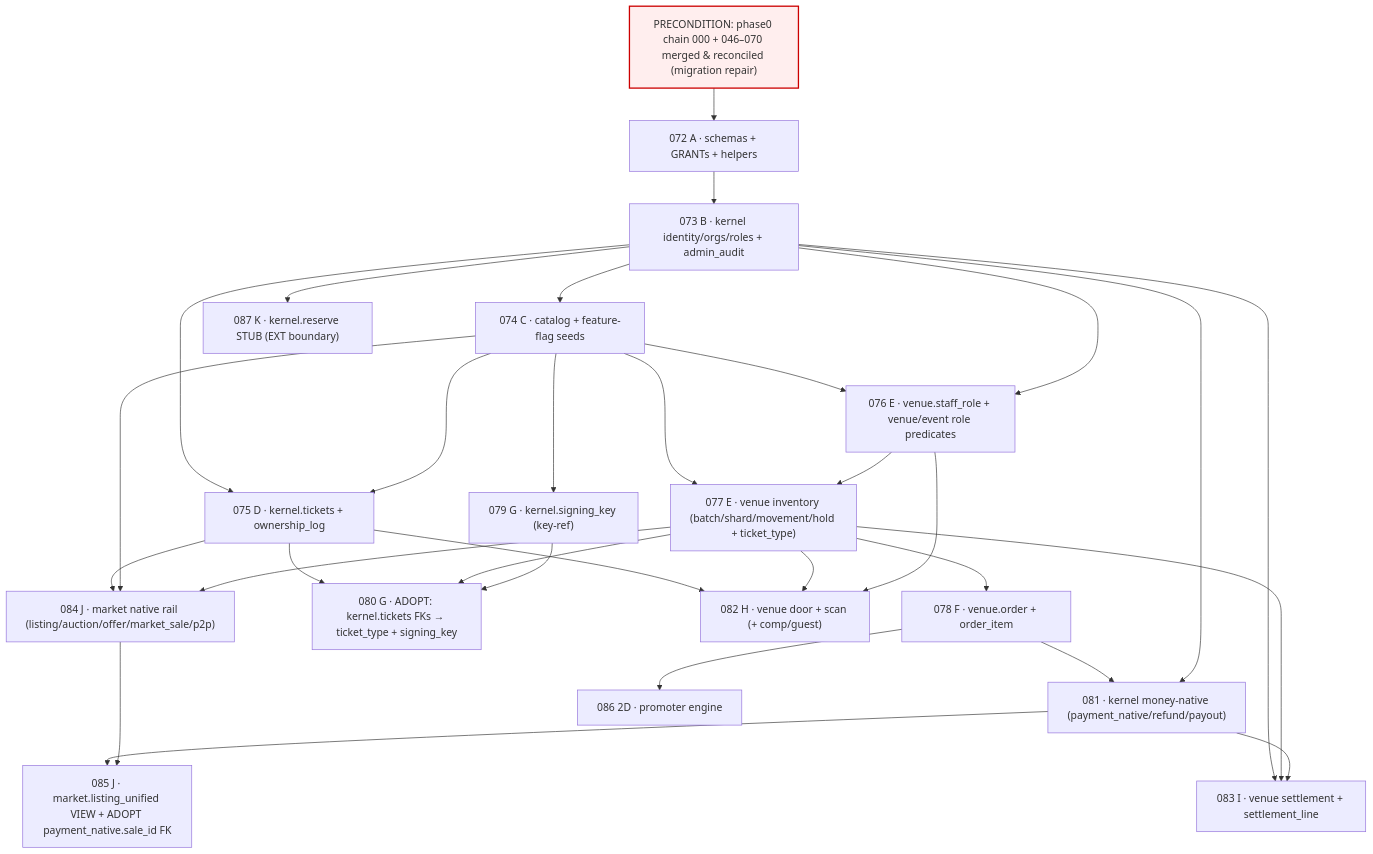
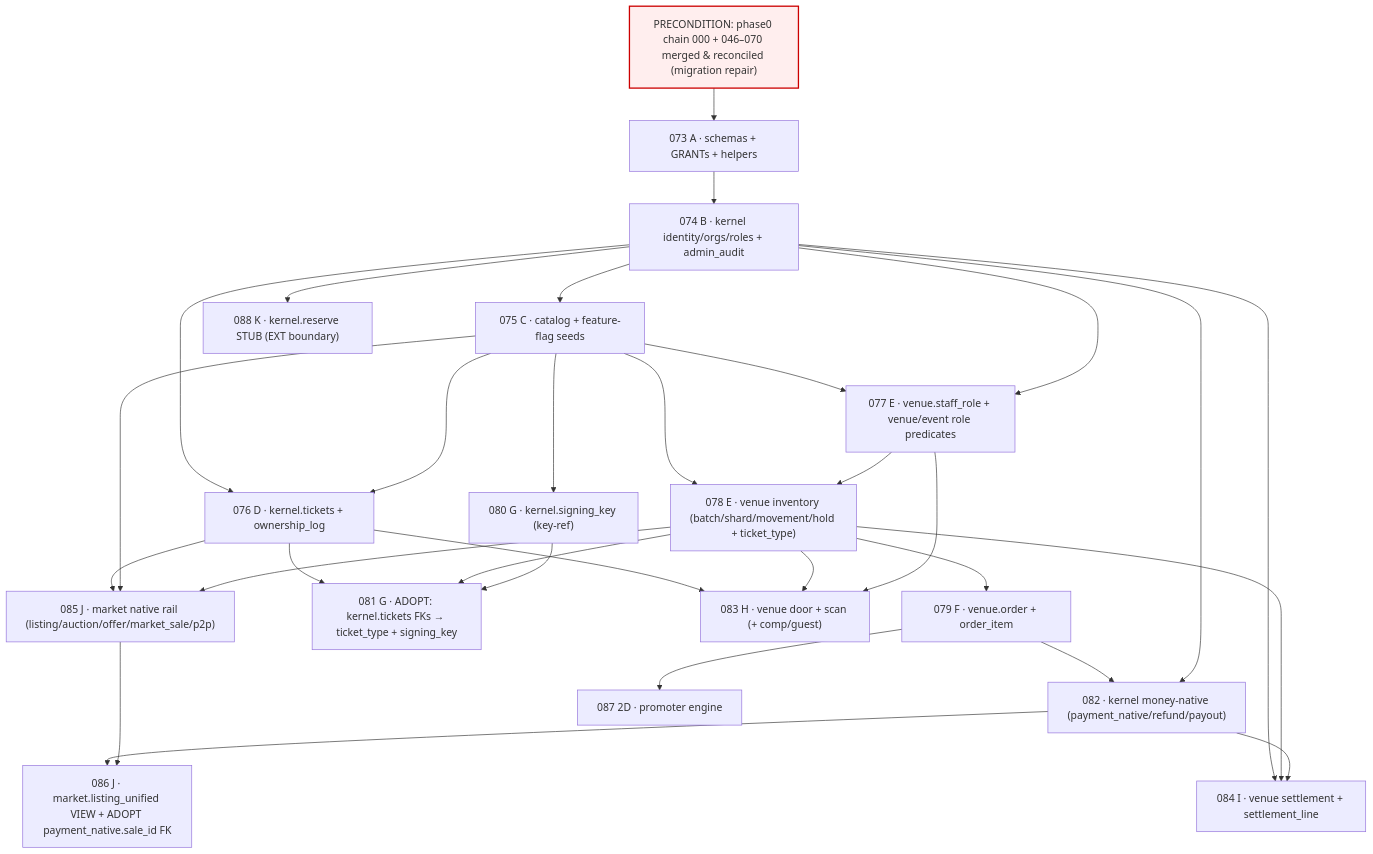
Before and after one commit to SnatchIt-app/snatchit: the diagram in docs/architecture/PHASE_2_SUPABASE_MIGRATION_PLAN.md, drawn with Mermaid. The commit also changed other lines of this file and 5 other files, not shown here.

````diff
--- a/docs/architecture/PHASE_2_SUPABASE_MIGRATION_PLAN.md
+++ b/docs/architecture/PHASE_2_SUPABASE_MIGRATION_PLAN.md
@@ -181,50 +212,50 @@
 ```mermaid
 graph TD
     P0["PRECONDITION: phase0 chain 000 + 046–070 merged & reconciled (migration repair)"]:::pre
 
-    A072["072 A · schemas + GRANTs + helpers"]
-    B073["073 B · kernel identity/orgs/roles + admin_audit"]
-    C074["074 C · catalog + feature-flag seeds"]
-    D075["075 D · kernel.tickets + ownership_log"]
-    E076["076 E · venue.staff_role + venue/event role predicates"]
-    E077["077 E · venue inventory (batch/shard/movement/hold + ticket_type)"]
-    F078["078 F · venue.order + order_item"]
-    G079["079 G · kernel.signing_key (key-ref)"]
-    G080["080 G · ADOPT: kernel.tickets FKs → ticket_type + signing_key"]
-    M081["081 · kernel money-native (payment_native/refund/payout)"]
-    H082["082 H · venue door + scan (+ comp/guest)"]
-    I083["083 I · venue settlement + settlement_line"]
-    J084["084 J · market native rail (listing/auction/offer/market_sale/p2p)"]
-    J085["085 J · market.listing_unified VIEW + ADOPT payment_native.sale_id FK"]
-    D086["086 2D · promoter engine"]
-    K087["087 K · kernel.reserve STUB (EXT boundary)"]
+    A073["073 A · schemas + GRANTs + helpers"]
+    B074["074 B · kernel identity/orgs/roles + admin_audit"]
+    C075["075 C · catalog + feature-flag seeds"]
+    D076["076 D · kernel.tickets + ownership_log"]
+    E077["077 E · venue.staff_role + venue/event role predicates"]
+    E078["078 E · venue inventory (batch/shard/movement/hold + ticket_type)"]
+    F079["079 F · venue.order + order_item"]
+    G080["080 G · kernel.signing_key (key-ref)"]
+    G081["081 G · ADOPT: kernel.tickets FKs → ticket_type + signing_key"]
+    M082["082 · kernel money-native (payment_native/refund/payout)"]
+    H083["083 H · venue door + scan (+ comp/guest)"]
+    I084["084 I · venue settlement + settlement_line"]
+    J085["085 J · market native rail (listing/auction/offer/market_sale/p2p)"]
+    J086["086 J · market.listing_unified VIEW + ADOPT payment_native.sale_id FK"]
+    D087["087 2D · promoter engine"]
+    K088["088 K · kernel.reserve STUB (EXT boundary)"]
 
-    P0 --> A072 --> B073 --> C074
-    B073 --> D075
-    C074 --> D075
-    C074 --> E076
-    B073 --> E076
-    C074 --> E077
-    E076 --> E077
-    E077 --> F078
-    C074 --> G079
-    D075 --> G080
-    E077 --> G080
-    G079 --> G080
-    F078 --> M081
-    B073 --> M081
-    D075 --> H082
-    E077 --> H082
-    E076 --> H082
-    B073 --> I083
-    E077 --> I083
-    M081 --> I083
-    D075 --> J084
-    C074 --> J084
-    E077 --> J084
-    M081 --> J085
-    J084 --> J085
-    F078 --> D086
-    B073 --> K087
+    P0 --> A073 --> B074 --> C075
+    B074 --> D076
+    C075 --> D076
+    C075 --> E077
+    B074 --> E077
+    C075 --> E078
+    E077 --> E078
+    E078 --> F079
+    C075 --> G080
+    D076 --> G081
+    E078 --> G081
+    G080 --> G081
+    F079 --> M082
+    B074 --> M082
+    D076 --> H083
+    E078 --> H083
+    E077 --> H083
+    B074 --> I084
+    E078 --> I084
+    M082 --> I084
+    D076 --> J085
+    C075 --> J085
+    E078 --> J085
+    M082 --> J086
+    J085 --> J086
+    F079 --> D087
+    B074 --> K088
     classDef pre fill:#fee,stroke:#c00,stroke-width:2px;
 ```
````
